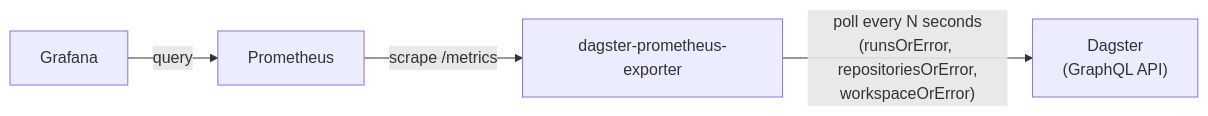
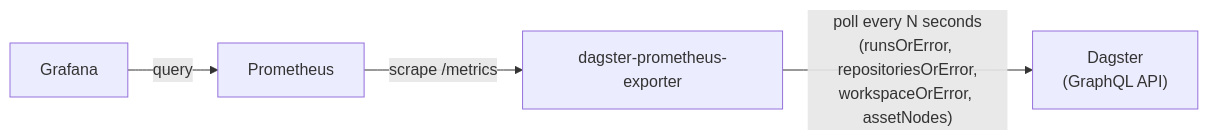
One commit to HirofumiTsuda/dagster-prometheus-exporter changed the diagram in README.md. Above: the diagram before and after it, drawn with Mermaid. The commit also changed other lines of this file and 13 other files, not shown here.

````diff
--- a/README.md
+++ b/README.md
@@ -62,11 +62,11 @@
 ```mermaid
 flowchart LR
     Dagster["Dagster<br/>(GraphQL API)"]
     Exporter["dagster-prometheus-exporter"]
     Prometheus["Prometheus"]
     Grafana["Grafana"]
 
-    Exporter -- "poll every N seconds<br/>(runsOrError, repositoriesOrError,<br/>workspaceOrError)" --> Dagster
+    Exporter -- "poll every N seconds<br/>(runsOrError, repositoriesOrError,<br/>workspaceOrError, assetNodes)" --> Dagster
     Prometheus -- "scrape /metrics" --> Exporter
     Grafana -- query --> Prometheus
 ```
````
